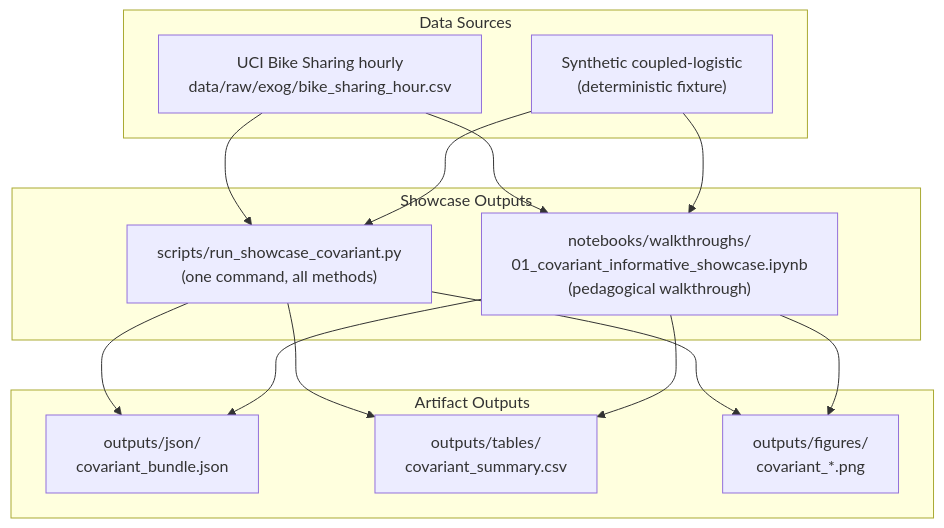
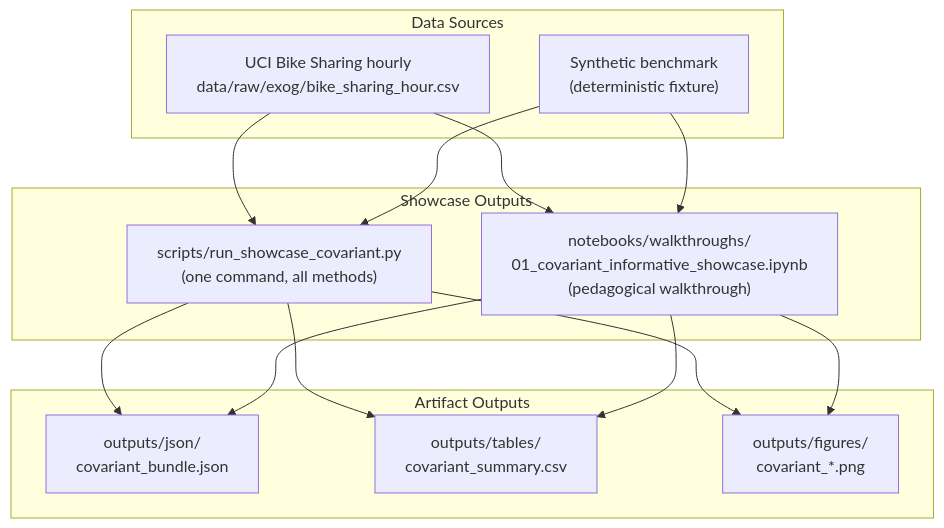
One commit to AdamKrysztopa/dependence-forecastability changed the sixth of 9 diagrams in docs/plan/v0_3_0_covariant_informative_ultimate_plan.md. Above: the diagram before and after it, drawn with Mermaid. The commit also changed other lines of this file, not shown here.

````diff
--- a/docs/plan/v0_3_0_covariant_informative_ultimate_plan.md
+++ b/docs/plan/v0_3_0_covariant_informative_ultimate_plan.md
@@ -593,29 +2332,29 @@
 ```mermaid
 flowchart TD
     subgraph "Showcase Outputs"
         SCRIPT["scripts/run_showcase_covariant.py\n(one command, all methods)"]
         NB["notebooks/walkthroughs/\n01_covariant_informative_showcase.ipynb\n(pedagogical walkthrough)"]
     end
 
     subgraph "Data Sources"
         BIKE["UCI Bike Sharing hourly\ndata/raw/exog/bike_sharing_hour.csv"]
-        SYNTH["Synthetic coupled-logistic\n(deterministic fixture)"]
+        SYNTH["Synthetic benchmark\n(deterministic fixture)"]
     end
 
     subgraph "Artifact Outputs"
         JSON["outputs/json/\ncovariant_bundle.json"]
         TABLE["outputs/tables/\ncovariant_summary.csv"]
         FIGS["outputs/figures/\ncovariant_*.png"]
     end
 
     BIKE --> SCRIPT
     SYNTH --> SCRIPT
     BIKE --> NB
     SYNTH --> NB
     SCRIPT --> JSON
     SCRIPT --> TABLE
     SCRIPT --> FIGS
     NB --> JSON
     NB --> TABLE
     NB --> FIGS
 ```
````
